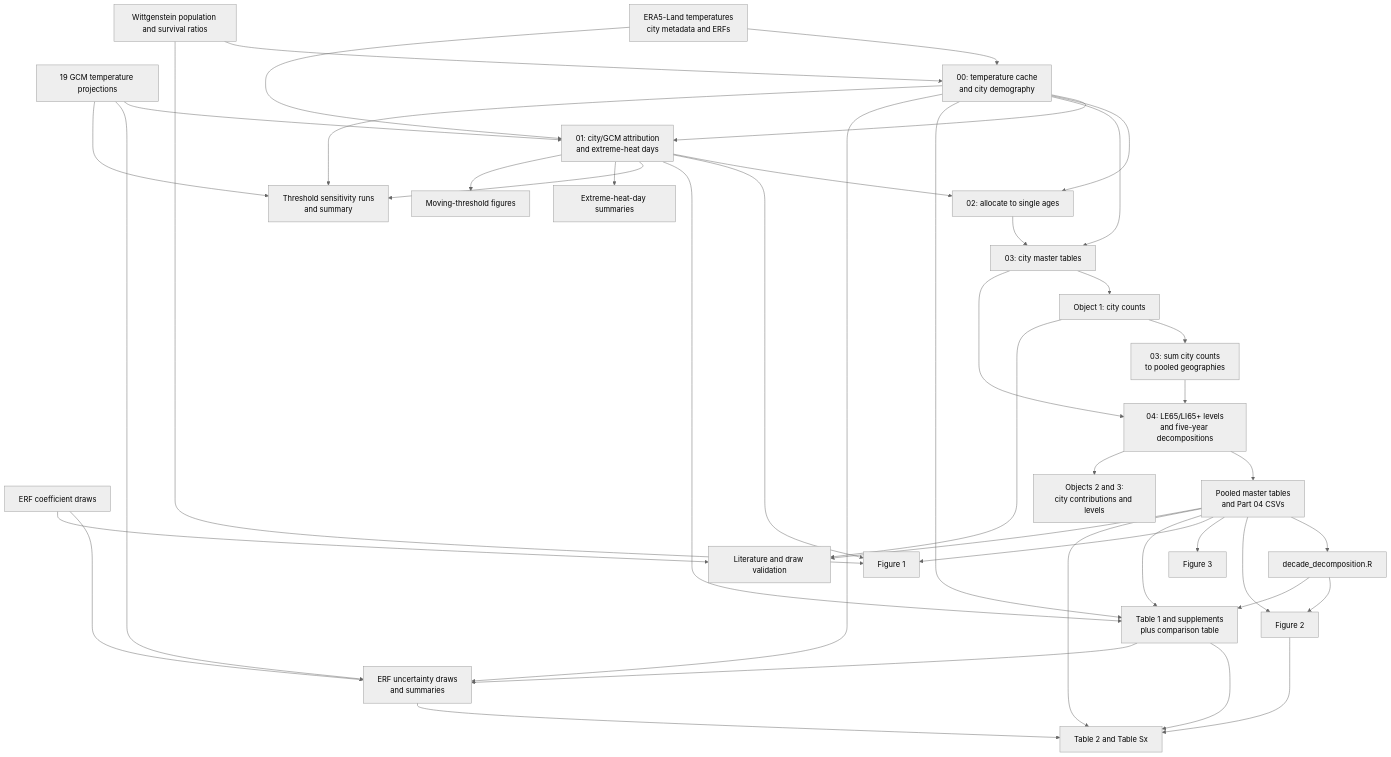
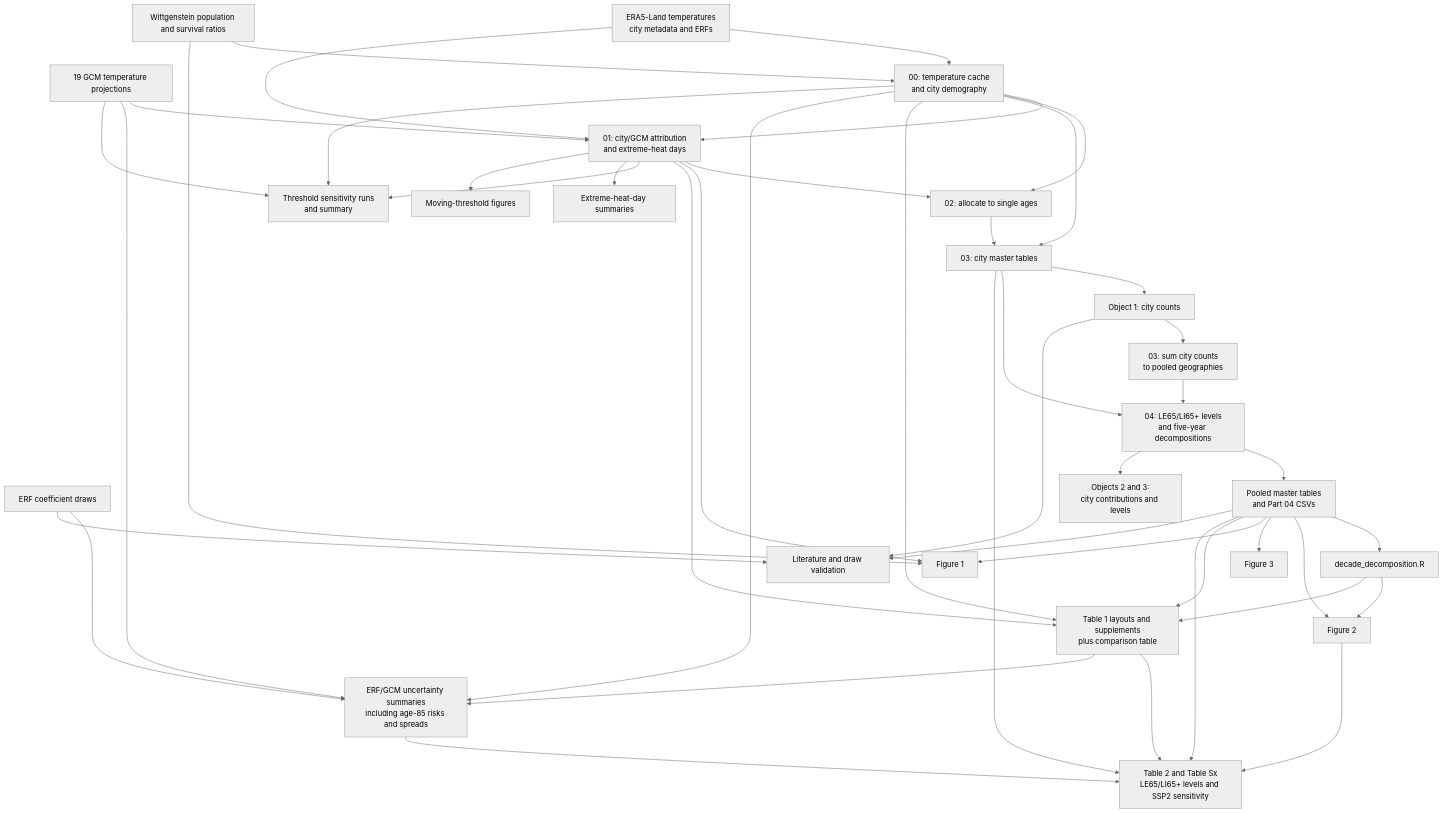
The diagram in README.md (IEResearchDatalab/temperature-mortality-le-li), drawn with Mermaid (neutral theme) before and after one commit. The commit also changed other lines of this file and 1 other file, not shown here.

````diff
--- a/README.md
+++ b/README.md
@@ -22,65 +22,66 @@
 ```mermaid
 flowchart TD
   ERA["ERA5-Land temperatures<br/>city metadata and ERFs"]
   GCM["19 GCM temperature projections"]
   DEM["Wittgenstein population and survival ratios"]
   DRAW["ERF coefficient draws"]
   P00["00: temperature cache<br/>and city demography"]
   P01["01: city/GCM attribution<br/>and extreme-heat days"]
   P02["02: allocate to single ages"]
   P03["03: city master tables"]
   O1["Object 1: city counts"]
   P03G["03: sum city counts<br/>to pooled geographies"]
   P04["04: LE65/LI65+ levels<br/>and five-year decompositions"]
   O23["Objects 2 and 3:<br/>city contributions and levels"]
   GEO["Pooled master tables<br/>and Part 04 CSVs"]
   DEC["decade_decomposition.R"]
   F1["Figure 1"]
   F2["Figure 2"]
   F3["Figure 3"]
-  T1["Table 1 and supplements<br/>plus comparison table"]
-  T2["Table 2 and Table Sx"]
-  ERF["ERF uncertainty draws<br/>and summaries"]
+  T1["Table 1 layouts and supplements<br/>plus comparison table"]
+  T2["Table 2 and Table Sx<br/>LE65/LI65+ levels and SSP2 sensitivity"]
+  ERF["ERF/GCM uncertainty summaries<br/>including age-85 risks and spreads"]
   THR["Threshold sensitivity runs<br/>and summary"]
   DAYS["Extreme-heat-day summaries"]
   TP["Moving-threshold figures"]
   VAL["Literature and draw validation"]
 
   ERA --> P00
   DEM --> P00
   P00 --> P01
   ERA --> P01
   GCM --> P01
   P00 --> P02
   P01 --> P02
   P02 --> P03
   P00 --> P03
   P03 --> O1 --> P03G --> P04 --> GEO
   P03 --> P04 --> O23
   GEO --> DEC --> F2
   GEO --> F2
   GEO --> F3
   P01 --> F1
   DEM --> F1
   GEO --> F1
   P01 --> T1
   P00 --> T1
   GEO --> T1
   DEC --> T1
   GEO --> T2
+  P03 --> T2
   F2 --> T2
   T1 --> T2
   P00 --> ERF
   GCM --> ERF
   DRAW --> ERF
   T1 --> ERF
   ERF --> T2
   P00 --> THR
   GCM --> THR
   P01 --> THR
   P01 --> DAYS
   P01 --> TP
   O1 --> VAL
   GEO --> VAL
   DRAW --> VAL
 ```
````
